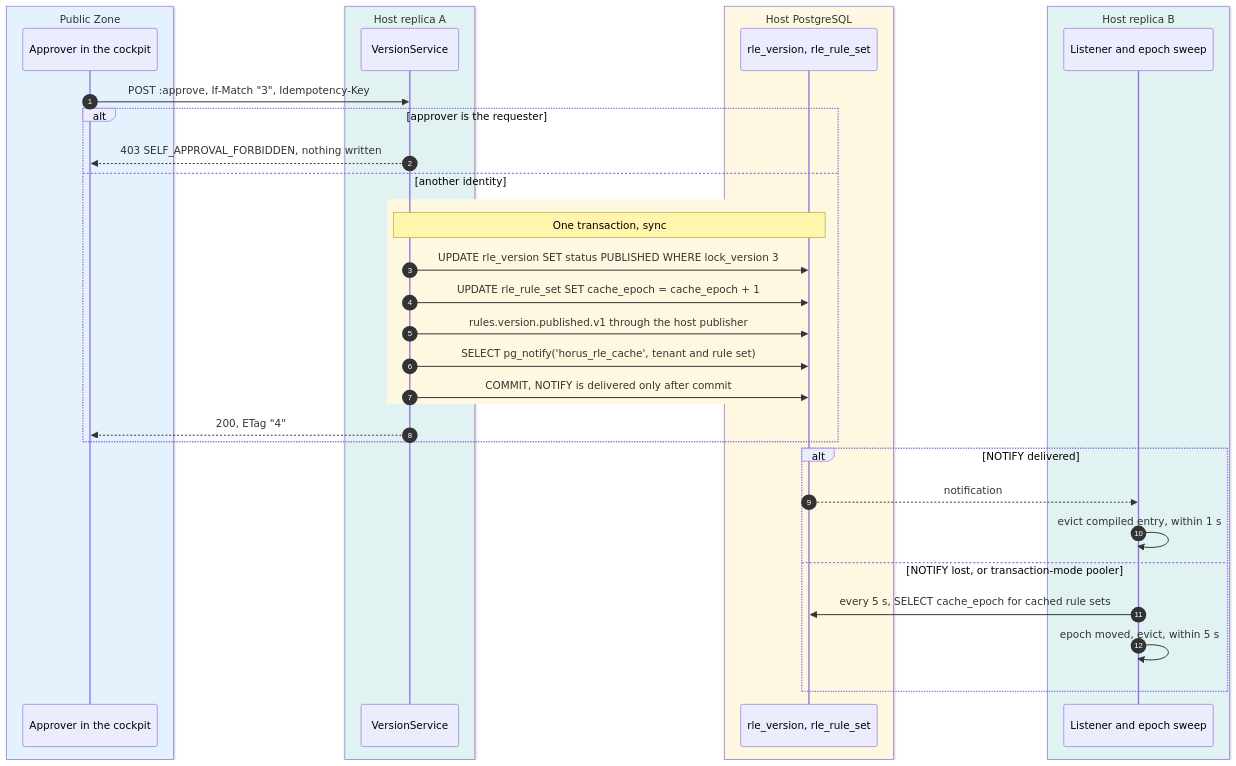
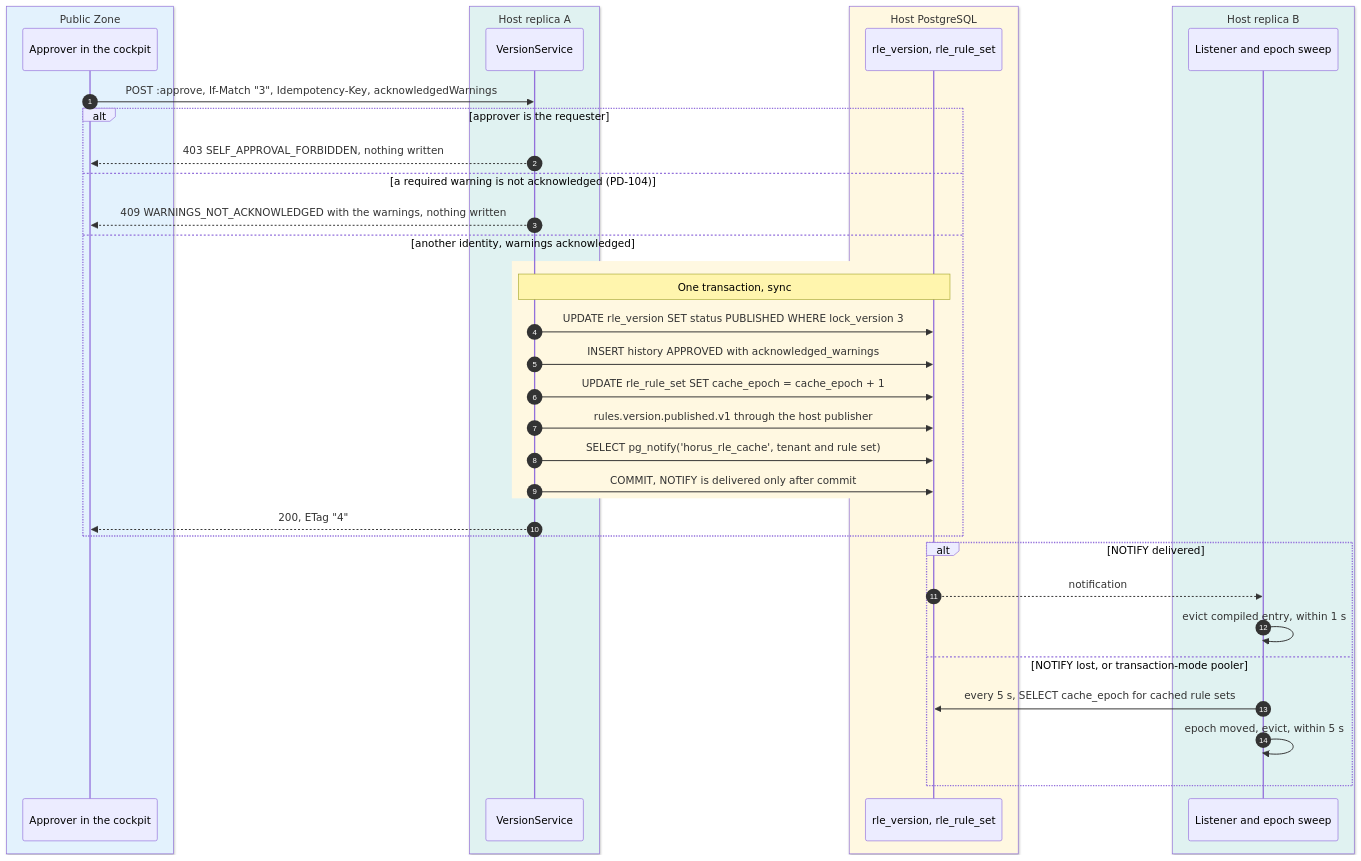
The diagram in rule-engine/docs/diagrams/publish-approval.mmd (dhluong90/horus-Agentic-BPM), drawn with Mermaid before and after one commit. The commit also changed 10 other files, not shown here.

```diff
--- a/rule-engine/docs/diagrams/publish-approval.mmd
+++ b/rule-engine/docs/diagrams/publish-approval.mmd
@@ -1,35 +1,38 @@
 sequenceDiagram
   autonumber
   box rgb(227,242,253) Public Zone
     participant K as Approver in the cockpit
   end
   box rgb(224,242,241) Host replica A
     participant V as VersionService
   end
   box rgb(255,248,225) Host PostgreSQL
     participant DB as rle_version, rle_rule_set
   end
   box rgb(224,242,241) Host replica B
     participant B as Listener and epoch sweep
   end
-  K->>V: POST :approve, If-Match "3", Idempotency-Key
+  K->>V: POST :approve, If-Match "3", Idempotency-Key, acknowledgedWarnings
   alt approver is the requester
     V-->>K: 403 SELF_APPROVAL_FORBIDDEN, nothing written
-  else another identity
+  else a required warning is not acknowledged (PD-104)
+    V-->>K: 409 WARNINGS_NOT_ACKNOWLEDGED with the warnings, nothing written
+  else another identity, warnings acknowledged
     rect rgb(255,248,225)
       Note over V,DB: One transaction, sync
       V->>DB: UPDATE rle_version SET status PUBLISHED WHERE lock_version 3
+      V->>DB: INSERT history APPROVED with acknowledged_warnings
       V->>DB: UPDATE rle_rule_set SET cache_epoch = cache_epoch + 1
       V->>DB: rules.version.published.v1 through the host publisher
       V->>DB: SELECT pg_notify('horus_rle_cache', tenant and rule set)
       V->>DB: COMMIT, NOTIFY is delivered only after commit
     end
     V-->>K: 200, ETag "4"
   end
   alt NOTIFY delivered
     DB-->>B: notification
     B->>B: evict compiled entry, within 1 s
   else NOTIFY lost, or transaction-mode pooler
     B->>DB: every 5 s, SELECT cache_epoch for cached rule sets
     B->>B: epoch moved, evict, within 5 s
   end
```
